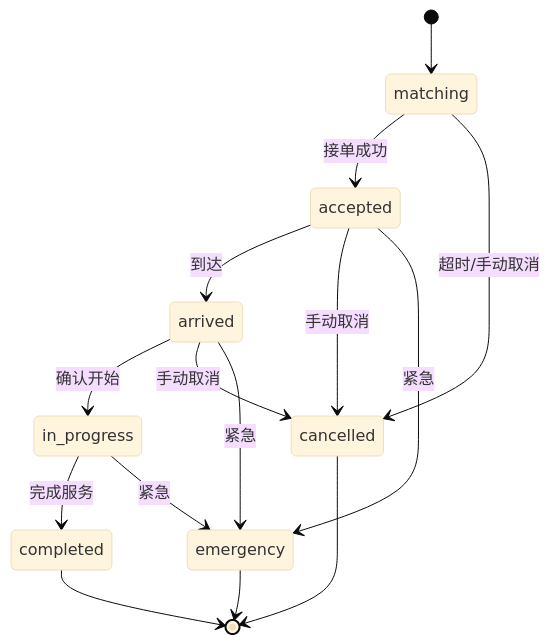
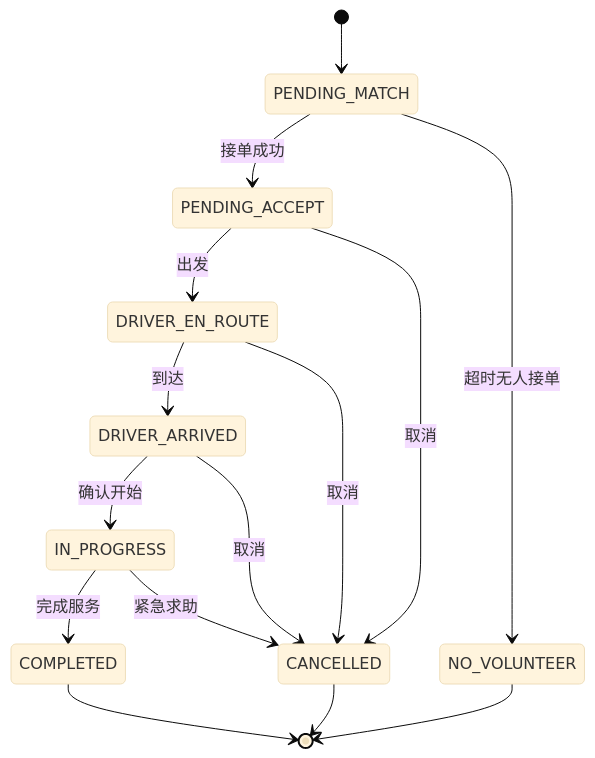
One commit to Jayden23018/blind-run-ios changed diagram 14 of 14 in .qoder/repowiki/zh/content/核心功能模块/志愿者功能/志愿者功能.md. Above: the diagram before and after it, drawn with Mermaid (base theme). The commit also changed other lines of this file and 22 other files, not shown here.

````diff
--- a/.qoder/repowiki/zh/content/核心功能模块/志愿者功能/志愿者功能.md
+++ b/.qoder/repowiki/zh/content/核心功能模块/志愿者功能/志愿者功能.md
@@ -624,17 +789,17 @@
 ```mermaid
 stateDiagram-v2
-[*] --> matching
-matching --> accepted : 接单成功
-matching --> cancelled : 超时/手动取消
-accepted --> arrived : 到达
-accepted --> cancelled : 手动取消
-accepted --> emergency : 紧急
-arrived --> in_progress : 确认开始
-arrived --> cancelled : 手动取消
-arrived --> emergency : 紧急
-in_progress --> completed : 完成服务
-in_progress --> emergency : 紧急
-completed --> [*]
-cancelled --> [*]
-emergency --> [*]
+[*] --> PENDING_MATCH
+PENDING_MATCH --> PENDING_ACCEPT : 接单成功
+PENDING_MATCH --> NO_VOLUNTEER : 超时无人接单
+PENDING_ACCEPT --> DRIVER_EN_ROUTE : 出发
+PENDING_ACCEPT --> CANCELLED : 取消
+DRIVER_EN_ROUTE --> DRIVER_ARRIVED : 到达
+DRIVER_EN_ROUTE --> CANCELLED : 取消
+DRIVER_ARRIVED --> IN_PROGRESS : 确认开始
+DRIVER_ARRIVED --> CANCELLED : 取消
+IN_PROGRESS --> COMPLETED : 完成服务
+IN_PROGRESS --> CANCELLED : 紧急求助
+COMPLETED --> [*]
+CANCELLED --> [*]
+NO_VOLUNTEER --> [*]
 ```
````
